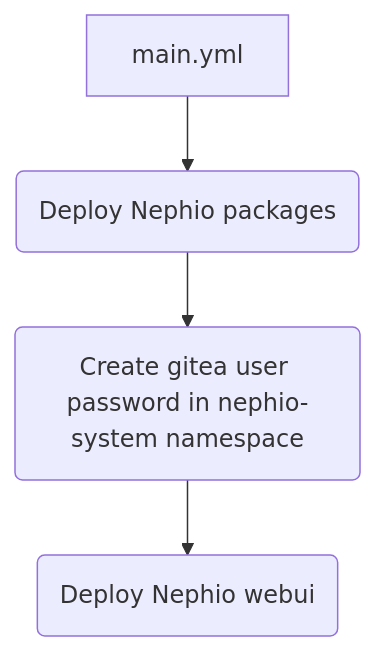
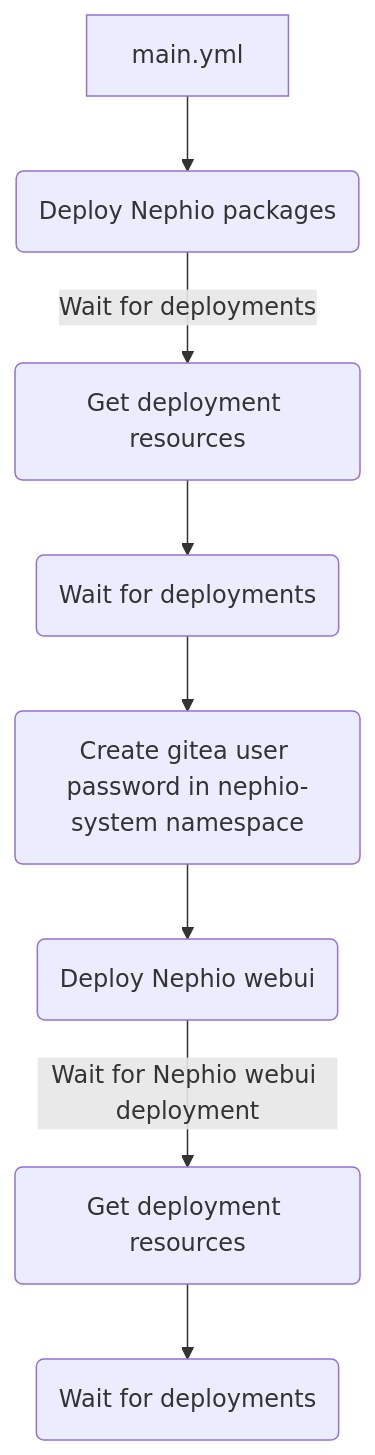
Before and after one commit to nephio-project/test-infra: the diagram in e2e/provision/playbooks/roles/install/README.md, drawn with Mermaid. The commit also changed 7 other files, not shown here.

Commit message:
Move wait deployments process at end

````diff
--- a/e2e/provision/playbooks/roles/install/README.md
+++ b/e2e/provision/playbooks/roles/install/README.md
@@ -70,6 +70,10 @@
 ```mermaid
 flowchart TD
     A[main.yml] --> B(Deploy Nephio packages)
-    B --> C(Create gitea user password in nephio-system namespace)
-    C --> D(Deploy Nephio webui)
+    B --> |Wait for deployments| C(Get deployment resources)
+    C --> D(Wait for deployments)
+    D --> E(Create gitea user password in nephio-system namespace)
+    E --> F(Deploy Nephio webui)
+    F --> |Wait for Nephio webui deployment| G(Get deployment resources)
+    G --> H(Wait for deployments)
 ```
````
